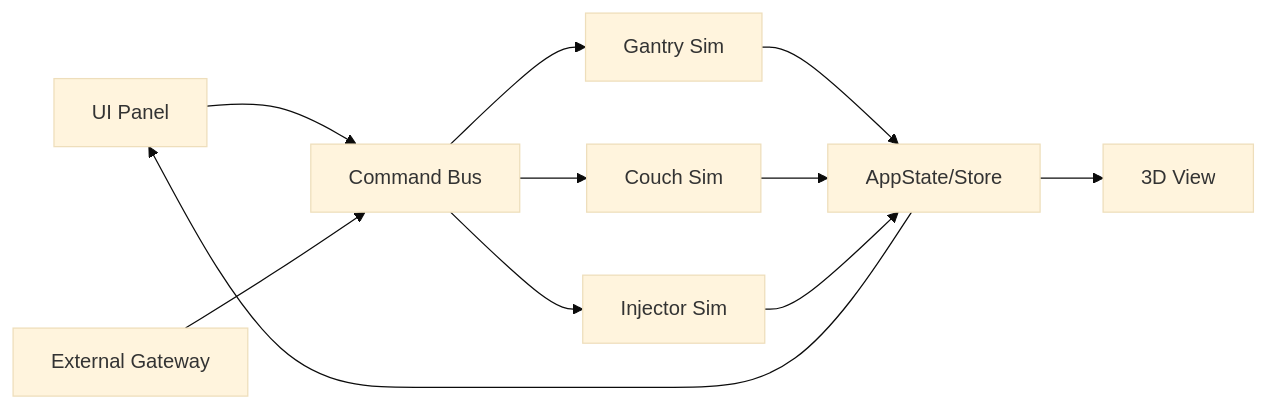
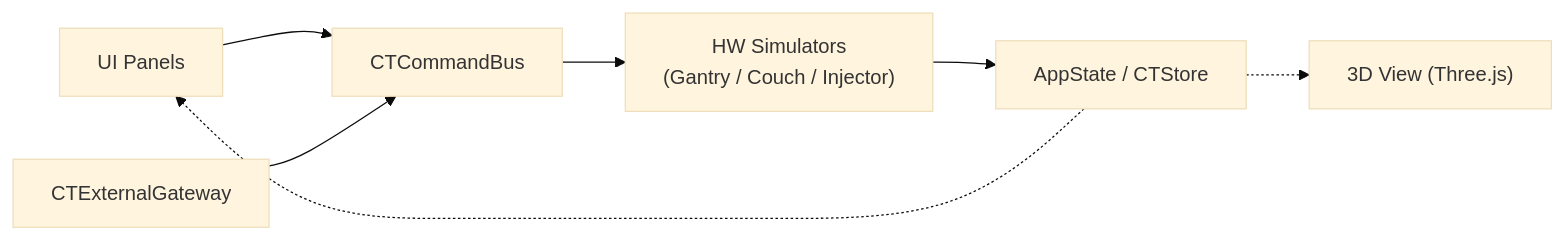
Before and after one commit to yskforest/sim_stream: the diagram in README.md, drawn with Mermaid (base theme). The commit also changed other lines of this file and 7 other files, not shown here.

Commit message:
docs: add architecture and API documentation, update readme, and configure local vscode settings

````diff
--- a/README.md
+++ b/README.md
@@ -37,13 +50,9 @@
 ```mermaid
 flowchart LR
-  UI[UI Panel] --> BUS[Command Bus]
-  EXT[External Gateway] --> BUS
-  BUS --> HW1[Gantry Sim]
-  BUS --> HW2[Couch Sim]
-  BUS --> HW3[Injector Sim]
-  HW1 --> ST[AppState/Store]
-  HW2 --> ST
-  HW3 --> ST
-  ST --> UI
-  ST --> V[3D View]
+    UI["UI Panels"] --> BUS["CTCommandBus"]
+    EXT["CTExternalGateway"] --> BUS
+    BUS --> HW["HW Simulators\n(Gantry / Couch / Injector)"]
+    HW --> ST["AppState / CTStore"]
+    ST -.-> UI
+    ST -.-> View["3D View (Three.js)"]
 ```
````
